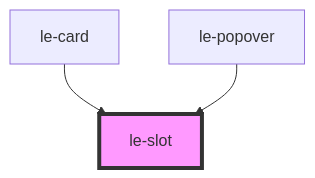
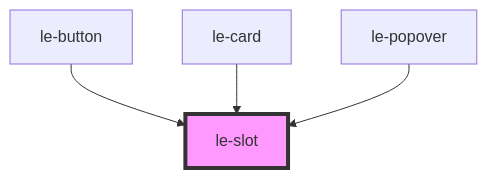
The diagram in src/components/le-slot/readme.md (leechy/le-kit), drawn with Mermaid before and after one commit. The commit also changed other lines of this file and 10 other files, not shown here.

````diff
--- a/src/components/le-slot/readme.md
+++ b/src/components/le-slot/readme.md
@@ -53,6 +55,7 @@
 ```mermaid
 graph TD;
+  le-button --> le-slot
   le-card --> le-slot
   le-popover --> le-slot
   style le-slot fill:#f9f,stroke:#333,stroke-width:4px
 ```
````
